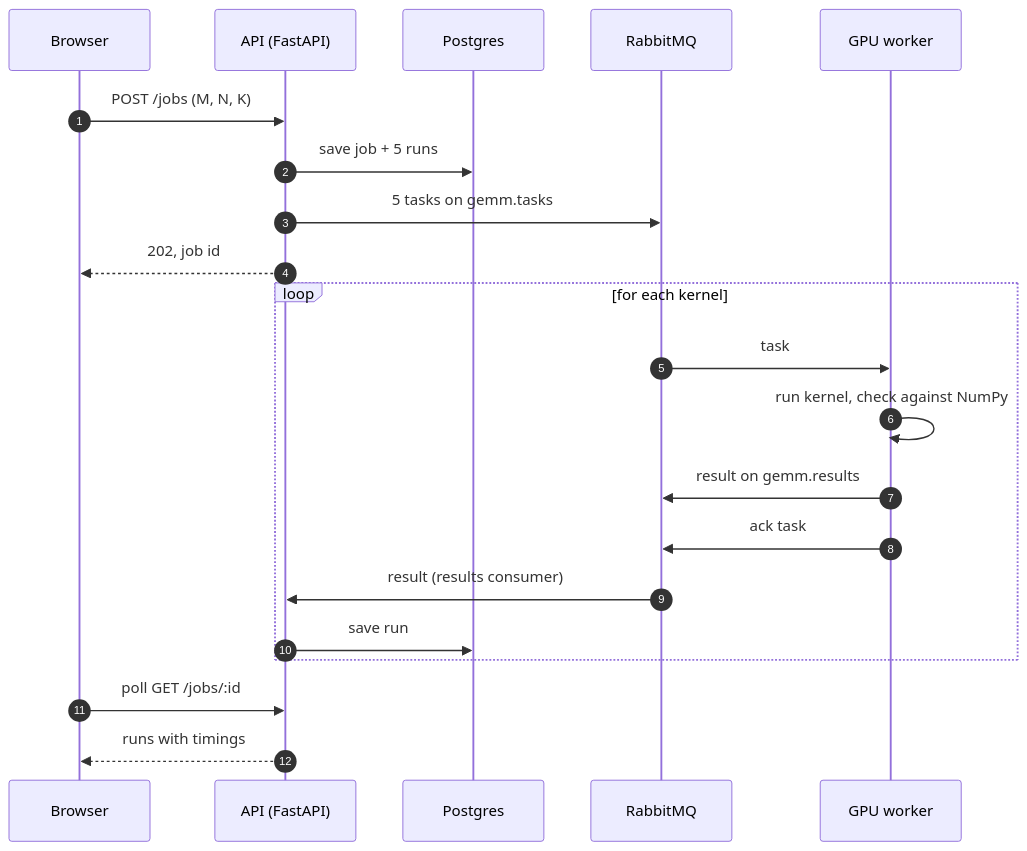
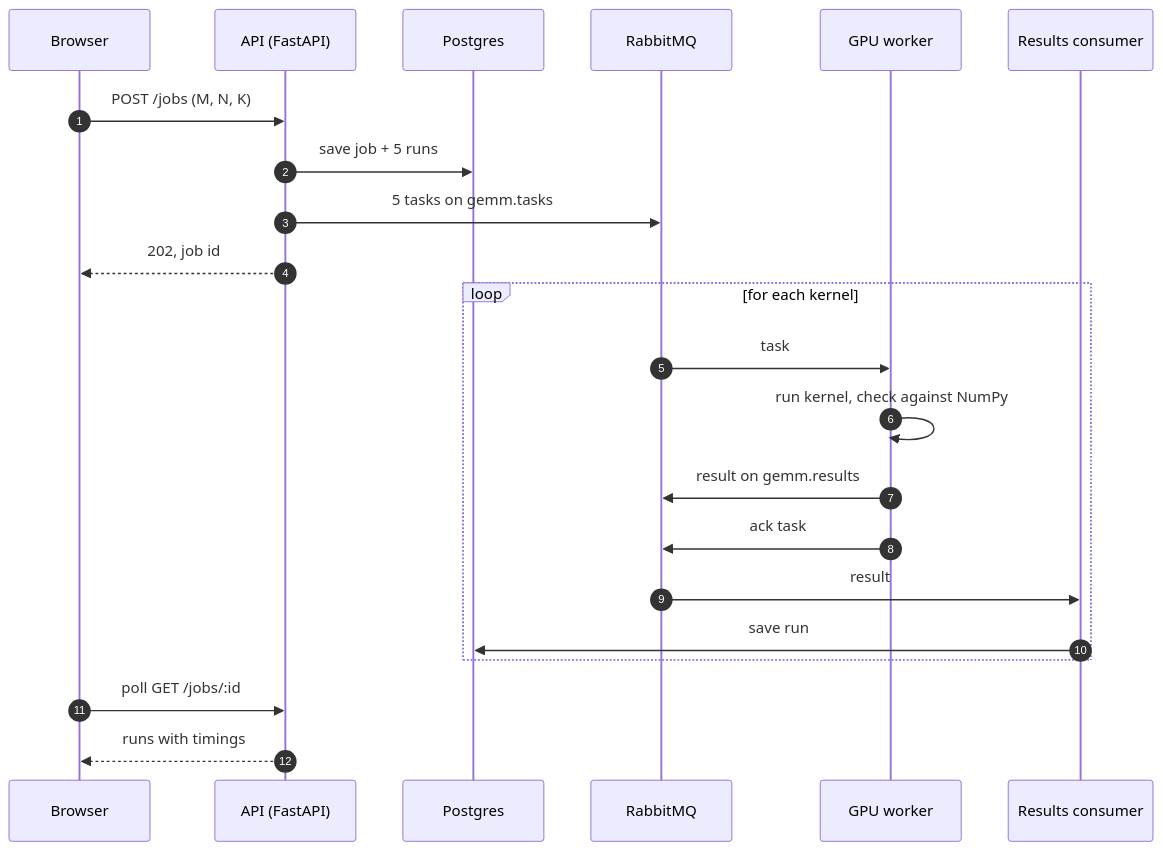
The second of 2 diagrams in README.md (jayesh-swami/gemm-queue), drawn with Mermaid before and after one commit. The commit also changed other lines of this file and 16 other files, not shown here.

Commit message:
Move the results consumer into its own service

````diff
--- a/README.md
+++ b/README.md
@@ -45,23 +46,24 @@
 ```mermaid
 sequenceDiagram
     autonumber
     participant B as Browser
     participant A as API (FastAPI)
     participant DB as Postgres
     participant Q as RabbitMQ
     participant W as GPU worker
+    participant C as Results consumer
     B->>A: POST /jobs (M, N, K)
     A->>DB: save job + 5 runs
     A->>Q: 5 tasks on gemm.tasks
     A-->>B: 202, job id
     loop for each kernel
         Q->>W: task
         W->>W: run kernel, check against NumPy
         W->>Q: result on gemm.results
         W->>Q: ack task
-        Q->>A: result (results consumer)
-        A->>DB: save run
+        Q->>C: result
+        C->>DB: save run
     end
     B->>A: poll GET /jobs/:id
     A-->>B: runs with timings
 ```
````
